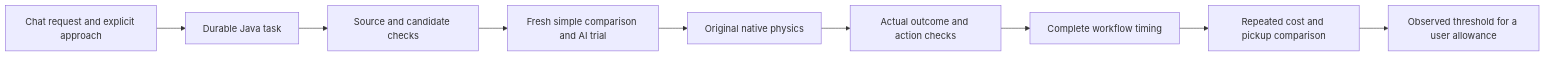
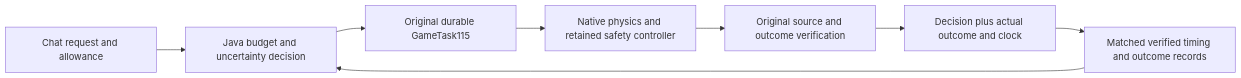
Before and after one commit to eyeoverthink/Fraynix-Agent-Workspace: the diagram in README.md, drawn with Mermaid. The commit also changed other lines of this file and 926 other files, not shown here.

Commit message:
Document edition 124 budgeted optional actions and retained verification with actual evidence

````diff
--- a/README.md
+++ b/README.md
@@ -164,11 +171,10 @@
 ```mermaid
 flowchart LR
- Request[Chat request and explicit approach] --> Task[Durable Java task]
- Task --> Source[Source and candidate checks]
- Source --> Compare[Fresh simple comparison and AI trial]
- Compare --> Native[Original native physics]
- Native --> Verify[Actual outcome and action checks]
- Verify --> Measure[Complete workflow timing]
- Measure --> Analysis[Repeated cost and pickup comparison]
- Analysis --> Value[Observed threshold for a user allowance]
+  Request[Chat request and allowance] --> Choice[Java budget and uncertainty decision]
+  History[Matched verified timing and outcome records] --> Choice
+  Choice --> Task[Original durable GameTask115]
+  Task --> Runtime[Native physics and retained safety controller]
+  Runtime --> Verify[Original source and outcome verification]
+  Verify --> Receipt[Decision plus actual outcome and clock]
+  Receipt --> History
 ```
````
